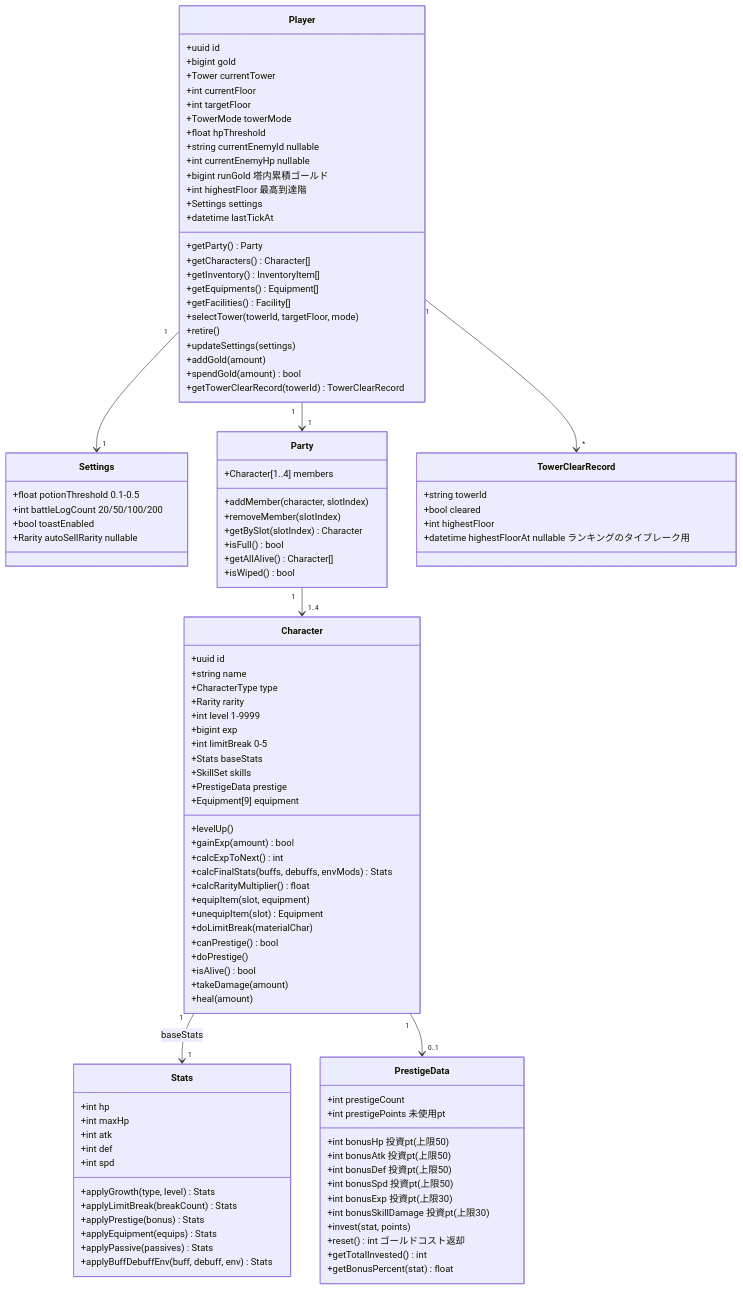
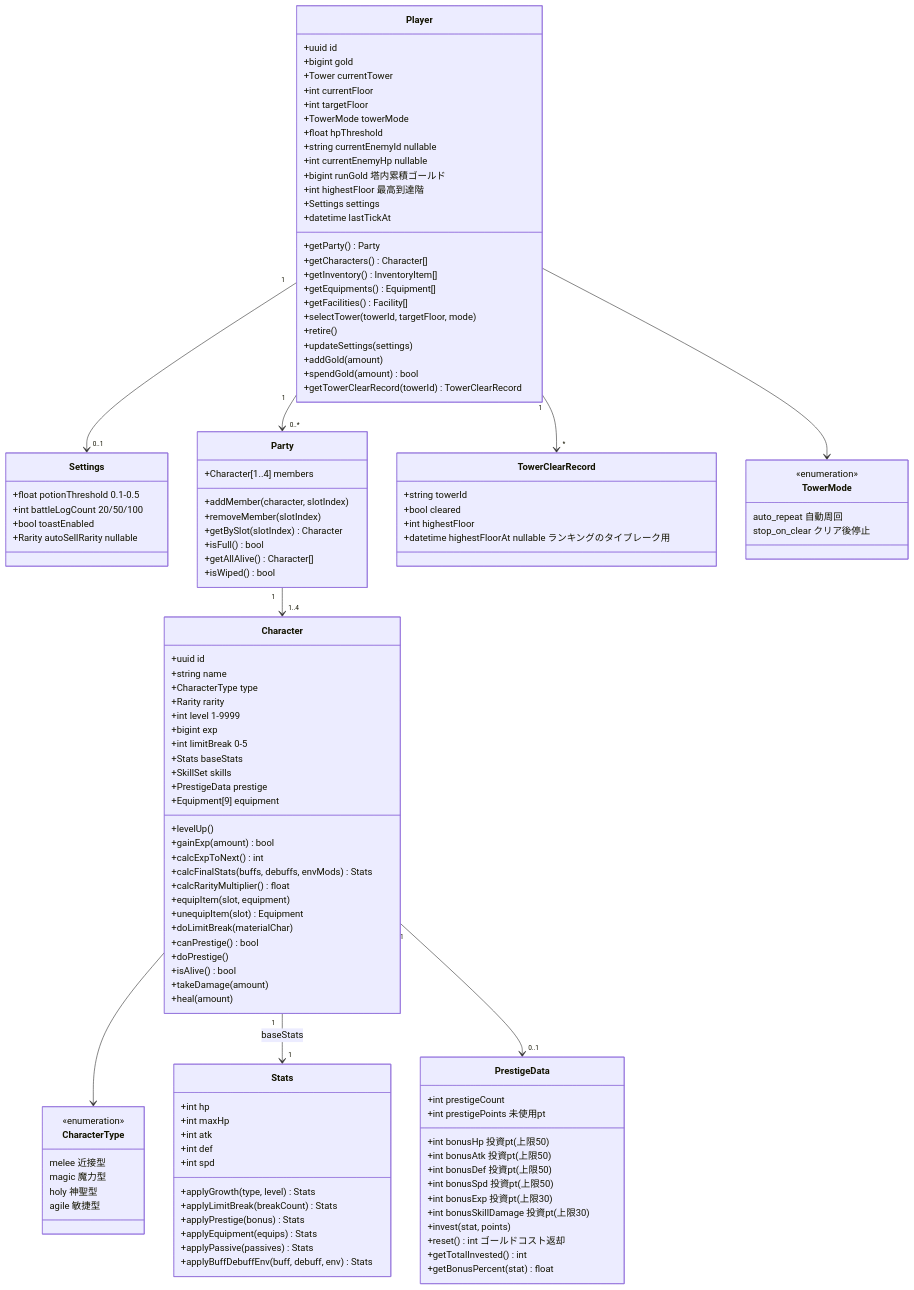
One commit to dateeee/2026_AFKGAME changed the first of 2 diagrams in diagrams/class_diagram/player.md. Above: the diagram before and after it, drawn with Mermaid. The commit also changed 42 other files, not shown here.

First line of the commit message:
docs: 要件定義〜製造ゲートRVの指摘42件を仕様書・設計図へ反映（fix-specs）

```diff
--- a/diagrams/class_diagram/player.md
+++ b/diagrams/class_diagram/player.md
@@ -38,7 +38,7 @@
 
     class Settings {
         +float potionThreshold  0.1-0.5
-        +int battleLogCount  20/50/100/200
+        +int battleLogCount  20/50/100
         +bool toastEnabled
         +Rarity autoSellRarity  nullable
     }
@@ -116,9 +116,25 @@
         +datetime highestFloorAt  nullable ランキングのタイブレーク用
     }
 
-    Player "1" --> "1" Settings
-    Player "1" --> "1" Party
+    class CharacterType {
+        <<enumeration>>
+        melee  近接型
+        magic  魔力型
+        holy  神聖型
+        agile  敏捷型
+    }
+
+    class TowerMode {
+        <<enumeration>>
+        auto_repeat  自動周回
+        stop_on_clear  クリア後停止
+    }
+
+    Player "1" --> "0..1" Settings
+    Player "1" --> "0..*" Party
     Player "1" --> "*" TowerClearRecord
+    Player --> TowerMode
+    Character --> CharacterType
     Party "1" --> "1..4" Character
     Character "1" --> "1" Stats : baseStats
     Character "1" --> "0..1" PrestigeData
```
